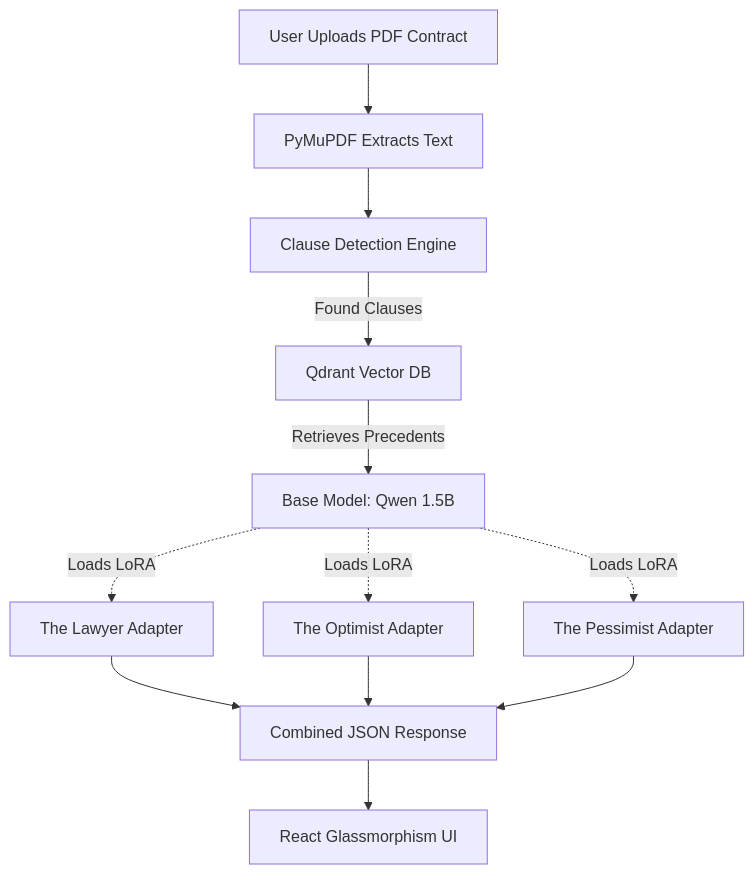
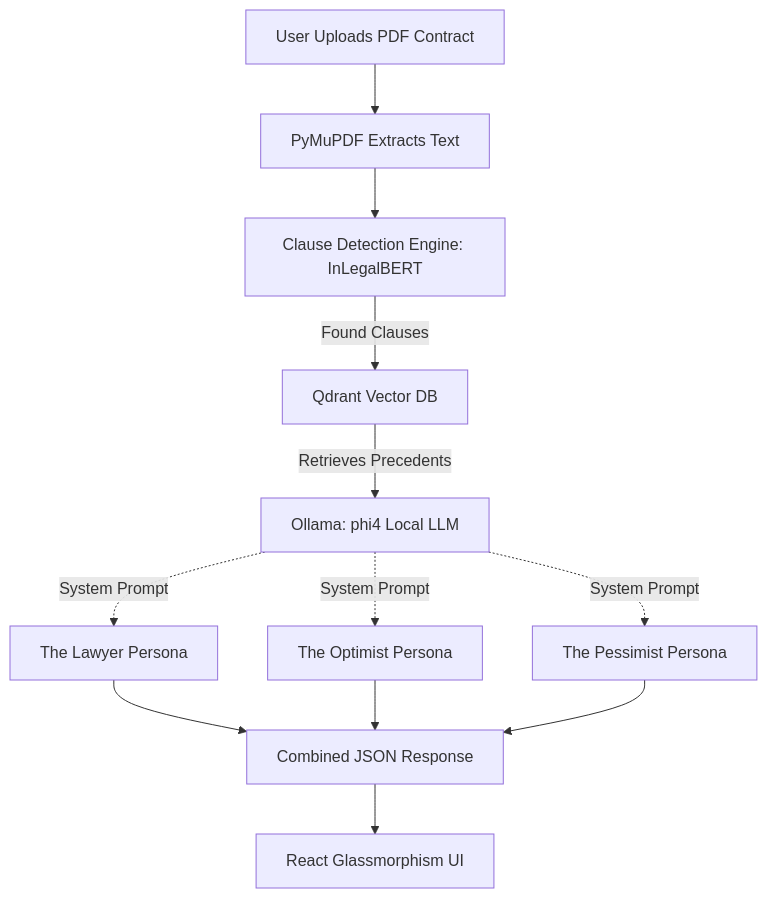
Before and after one commit to Pranav-2006-28/Ai-Devils-Advocate: the diagram in README.md, drawn with Mermaid. The commit also changed other lines of this file, not shown here.

Commit message:
docs: Update README to reflect Ollama phi4 dependency for persona generation

````diff
--- a/README.md
+++ b/README.md
@@ -41,17 +42,17 @@
 ```mermaid
 graph TD
     A[User Uploads PDF Contract] --> B[PyMuPDF Extracts Text]
-    B --> C[Clause Detection Engine]
+    B --> C[Clause Detection Engine: InLegalBERT]
     C -->|Found Clauses| D[Qdrant Vector DB]
-    D -->|Retrieves Precedents| E[Base Model: Qwen 1.5B]
+    D -->|Retrieves Precedents| E[Ollama: phi4 Local LLM]
     
-    E -. Loads LoRA .-> F[The Lawyer Adapter]
-    E -. Loads LoRA .-> G[The Optimist Adapter]
-    E -. Loads LoRA .-> H[The Pessimist Adapter]
+    E -. System Prompt .-> F[The Lawyer Persona]
+    E -. System Prompt .-> G[The Optimist Persona]
+    E -. System Prompt .-> H[The Pessimist Persona]
     
     F --> I[Combined JSON Response]
     G --> I
     H --> I
     
     I --> J[React Glassmorphism UI]
 ```
````
